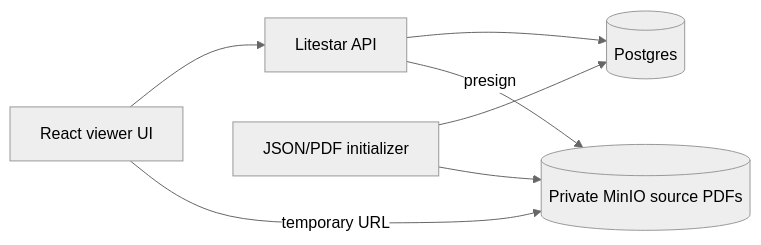
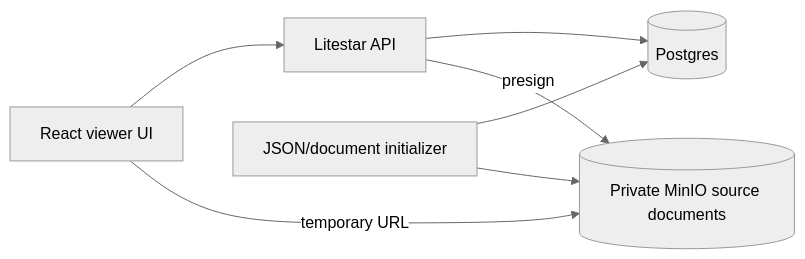
Before and after one commit to florian-noirbent/asset_viewer: the diagram in README.md, drawn with Mermaid (neutral theme). The commit also changed other lines of this file and 39 other files, not shown here.

````diff
--- a/README.md
+++ b/README.md
@@ -17,9 +17,9 @@
 ```mermaid
 flowchart LR
     Frontend[React viewer UI] --> API[Litestar API]
     API --> Postgres[(Postgres)]
-    API -->|presign| MinIO[(Private MinIO source PDFs)]
+    API -->|presign| MinIO[(Private MinIO source documents)]
     Frontend -->|temporary URL| MinIO
-    Seed[JSON/PDF initializer] --> Postgres
+    Seed[JSON/document initializer] --> Postgres
     Seed --> MinIO
 ```
````
